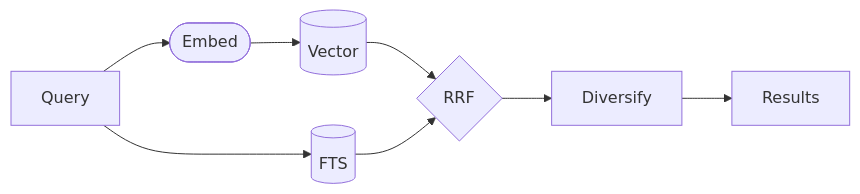
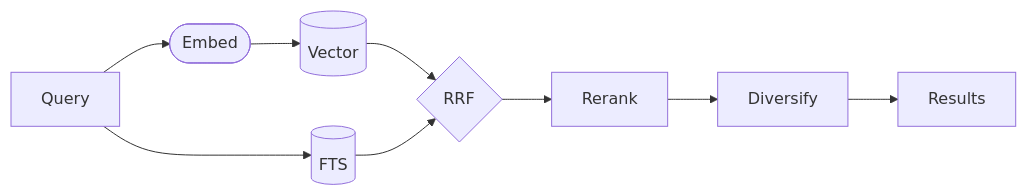
The second of 2 diagrams in README.md (romankurakin/sova), drawn with Mermaid before and after one commit. The commit also changed other lines of this file and 23 other files, not shown here.

````diff
--- a/README.md
+++ b/README.md
@@ -60,8 +65,8 @@
 ```mermaid
 flowchart LR
     Query --> Embed([Embed]) --> Vector[(Vector)]
     Query --> BM25[(FTS)]
     Vector --> RRF{RRF}
     BM25 --> RRF
-    RRF --> Diverse[Diversify] --> Results
+    RRF --> Rerank[Rerank] --> Diverse[Diversify] --> Results
 ```
````
